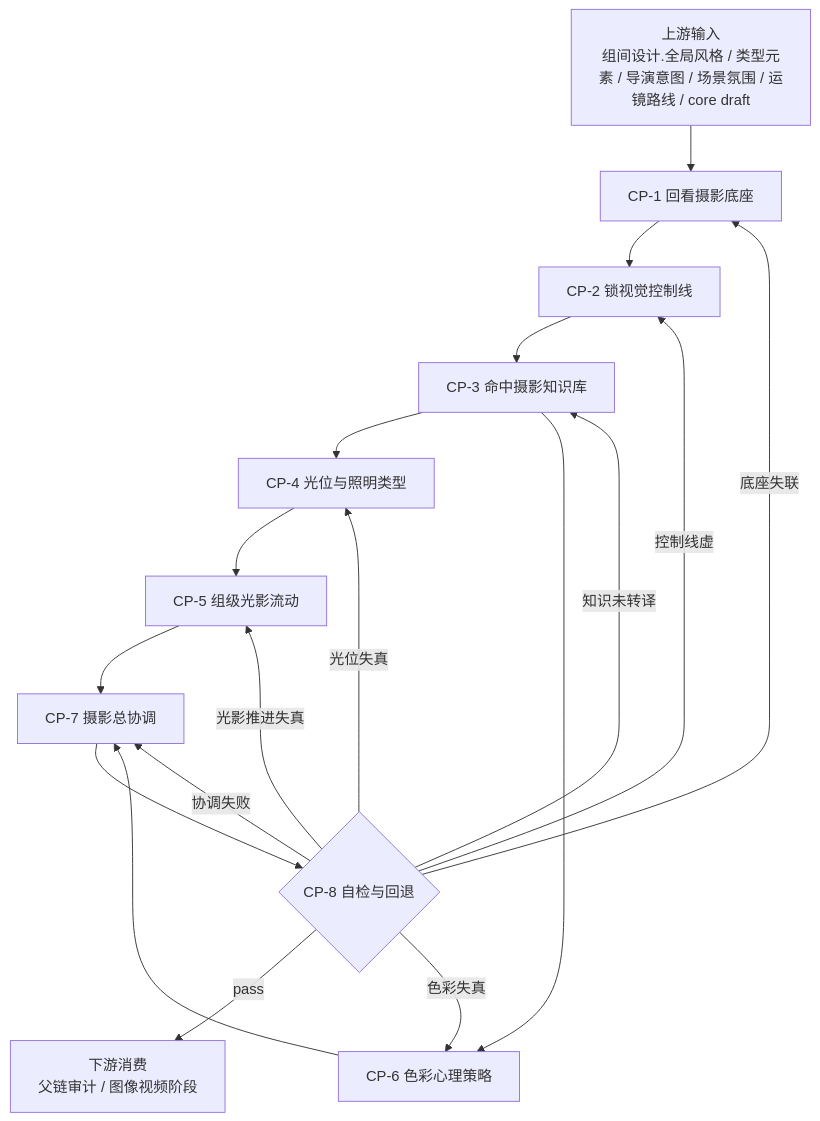
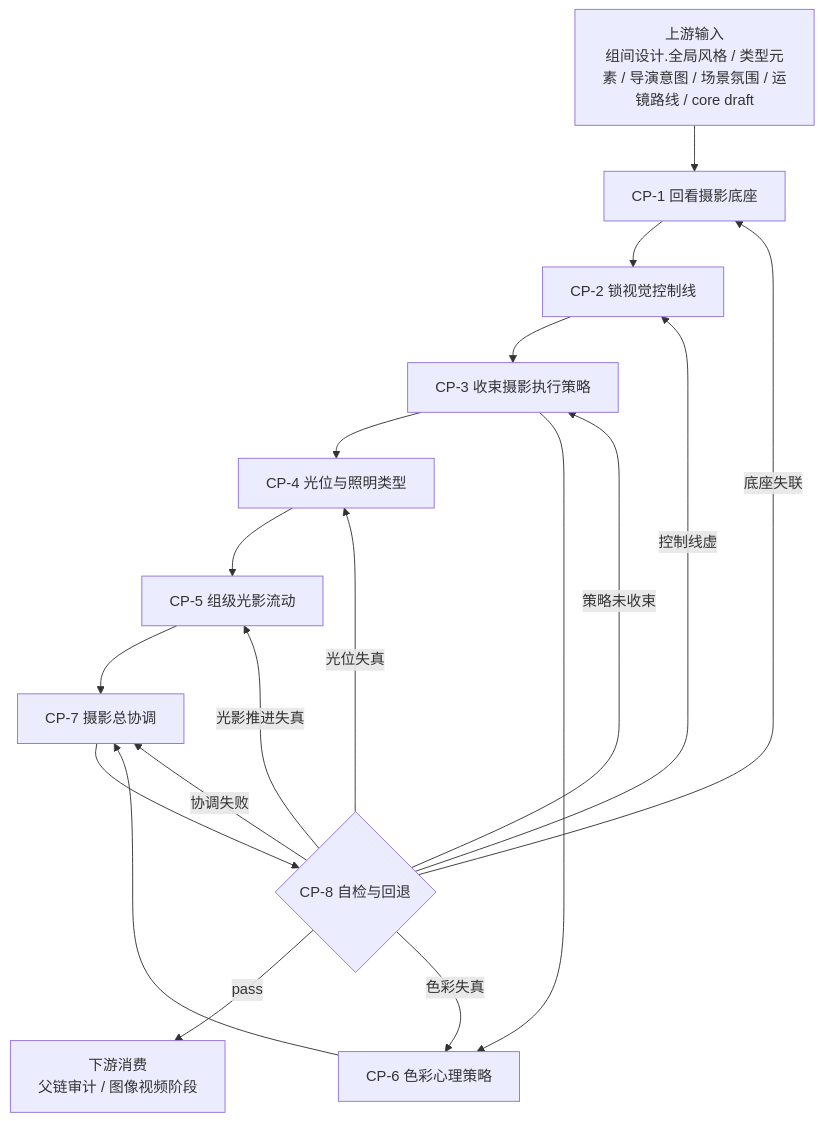
One commit to ZEN-VOID/AI-CUT changed the diagram in .agents/skills/aigc/3-Detail/references/摄影美学.md. Above: the diagram before and after it, drawn with Mermaid. The commit also changed other lines of this file and 25 other files, not shown here.

````diff
--- a/.agents/skills/aigc/3-Detail/references/摄影美学.md
+++ b/.agents/skills/aigc/3-Detail/references/摄影美学.md
@@ -75,20 +70,20 @@
 ```mermaid
 flowchart TD
     U["上游输入<br/>组间设计.全局风格 / 类型元素 / 导演意图 / 场景氛围 / 运镜路线 / core draft"] --> CP1["CP-1 回看摄影底座"]
     CP1 --> CP2["CP-2 锁视觉控制线"]
-    CP2 --> CP3["CP-3 命中摄影知识库"]
+    CP2 --> CP3["CP-3 收束摄影执行策略"]
     CP3 --> CP4["CP-4 光位与照明类型"]
     CP3 --> CP6["CP-6 色彩心理策略"]
     CP4 --> CP5["CP-5 组级光影流动"]
     CP5 --> CP7["CP-7 摄影总协调"]
     CP6 --> CP7
     CP7 --> CP8{"CP-8 自检与回退"}
     CP8 -- "pass" --> OUT["下游消费<br/>父链审计 / 图像视频阶段"]
     CP8 -- "底座失联" --> CP1
     CP8 -- "控制线虚" --> CP2
-    CP8 -- "知识未转译" --> CP3
+    CP8 -- "策略未收束" --> CP3
     CP8 -- "光位失真" --> CP4
     CP8 -- "光影推进失真" --> CP5
     CP8 -- "色彩失真" --> CP6
     CP8 -- "协调失败" --> CP7
 ```
````
